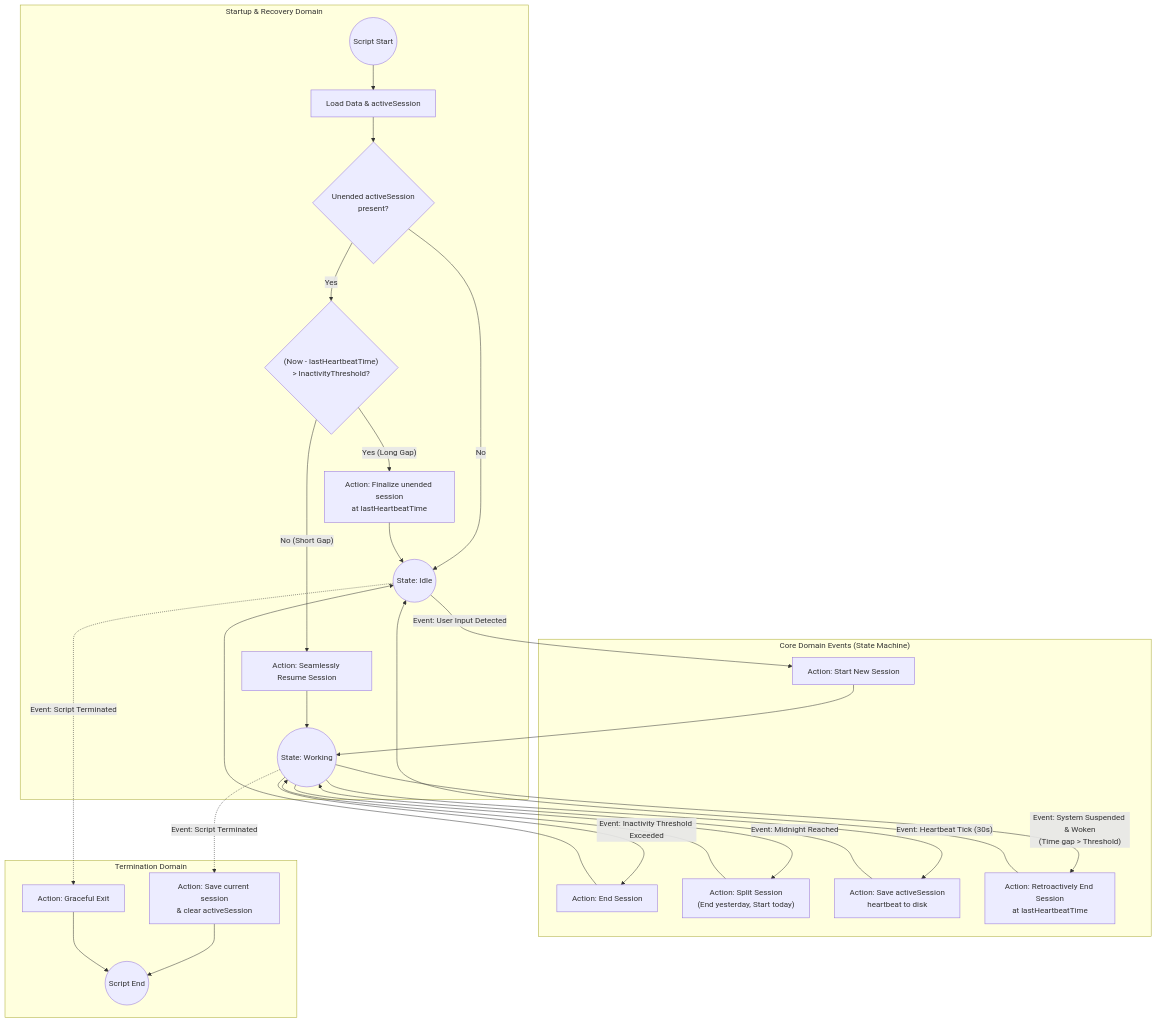
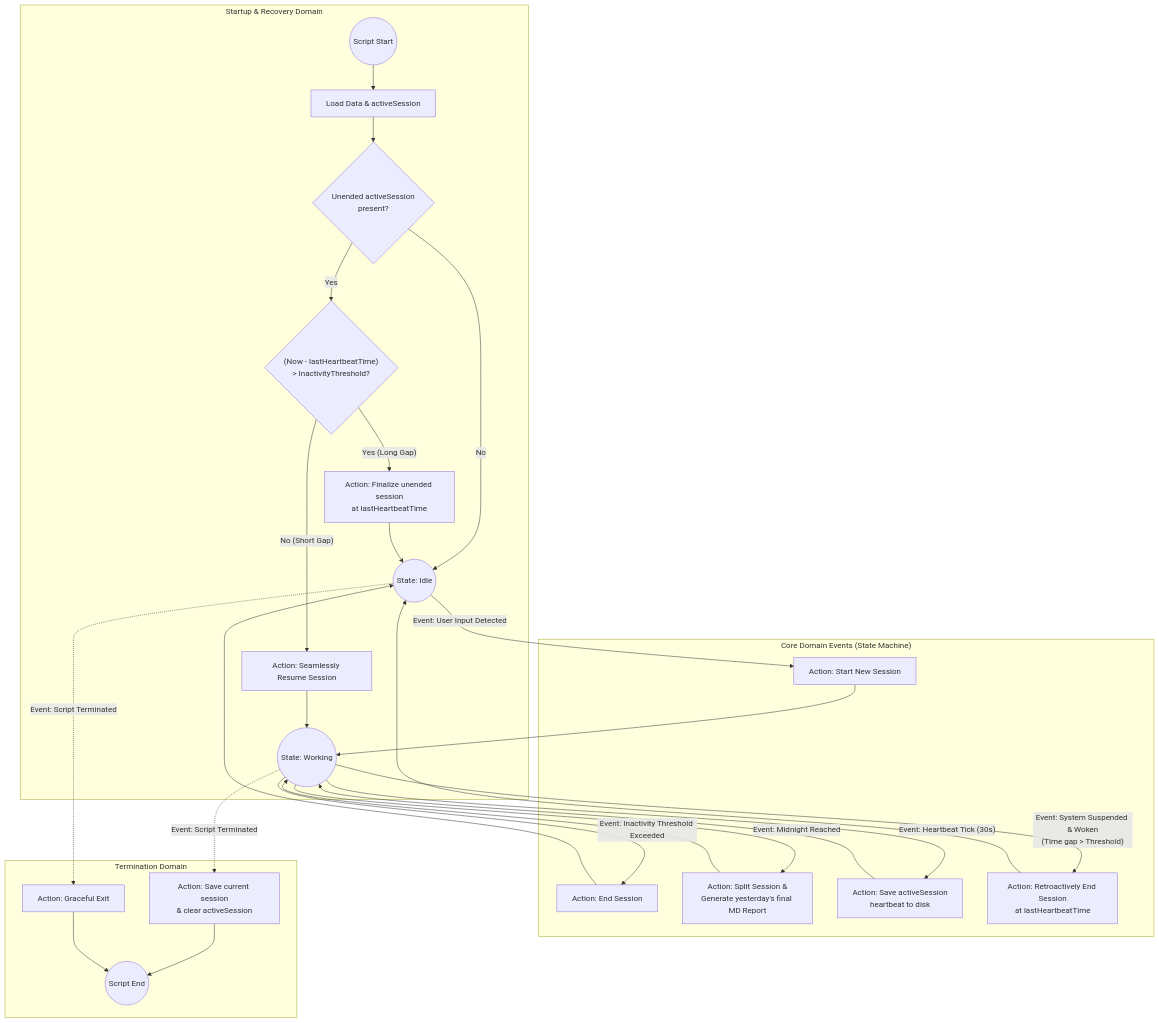
Before and after one commit to vincentikigai/hammer: the diagram in worktime-tracker/domain_logic.md, drawn with Mermaid. The commit also changed other lines of this file and 2 other files, not shown here.

Commit message:
feat: implement work time tracker with state-driven session management, heartbeat recovery, and automated reporting

````diff
--- a/worktime-tracker/domain_logic.md
+++ b/worktime-tracker/domain_logic.md
@@ -5,42 +5,42 @@
 ```mermaid
 flowchart TD
     subgraph Initialization ["Startup & Recovery Domain"]
         Start(("Script Start")) --> LoadData["Load Data & activeSession"]
         LoadData --> IsActive{"Unended activeSession<br/>present?"}
         
         IsActive -->|"Yes"| CheckGap{"(Now - lastHeartbeatTime)<br/>> InactivityThreshold?"}
         CheckGap -->|"Yes (Long Gap)"| Finalize["Action: Finalize unended session<br/>at lastHeartbeatTime"]
         CheckGap -->|"No (Short Gap)"| Resume["Action: Seamlessly Resume Session"]
         
         IsActive -->|"No"| StateIdle
         Finalize --> StateIdle
         Resume --> StateWorking
     end
 
     subgraph StateMachine ["Core Domain Events (State Machine)"]
         StateIdle(("State: Idle"))
         StateWorking(("State: Working"))
 
         StateIdle -->|"Event: User Input Detected"| CreateSession["Action: Start New Session"]
         CreateSession --> StateWorking
 
         StateWorking -->|"Event: Inactivity Threshold Exceeded"| EndSession["Action: End Session"]
         EndSession --> StateIdle
 
-        StateWorking -->|"Event: Midnight Reached"| SplitSession["Action: Split Session<br/>(End yesterday, Start today)"]
+        StateWorking -->|"Event: Midnight Reached"| SplitSession["Action: Split Session &<br/>Generate yesterday's final MD Report"]
         SplitSession --> StateWorking
         
         StateWorking -->|"Event: Heartbeat Tick (30s)"| UpdateDisk["Action: Save activeSession<br/>heartbeat to disk"]
         UpdateDisk --> StateWorking
 
         StateWorking -->|"Event: System Suspended & Woken<br/>(Time gap > Threshold)"| SleepFallback["Action: Retroactively End Session<br/>at lastHeartbeatTime"]
         SleepFallback --> StateIdle
     end
 
     subgraph Termination ["Termination Domain"]
         StateIdle -.->|"Event: Script Terminated"| CleanExit["Action: Graceful Exit"]
         StateWorking -.->|"Event: Script Terminated"| GracefulExit["Action: Save current session<br/>& clear activeSession"]
         GracefulExit --> End(("Script End"))
         CleanExit --> End
     end
 ```
````
